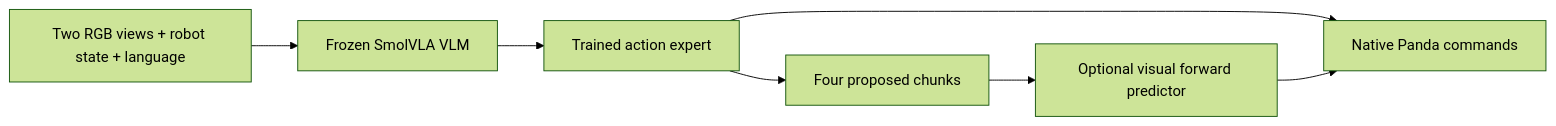
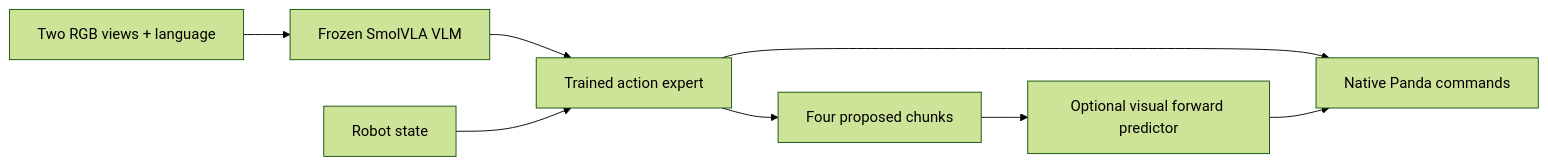
One commit to enisycn/Humanoid_VLA changed the diagram in docs/MODEL.md. Above: the diagram before and after it, drawn with Mermaid (forest theme). The commit also changed 6 other files, not shown here.

````diff
--- a/docs/MODEL.md
+++ b/docs/MODEL.md
@@ -11,9 +11,10 @@
 ```mermaid
 flowchart LR
-  A[Two RGB views + robot state + language] --> B[Frozen SmolVLA VLM]
+  A[Two RGB views + language] --> B[Frozen SmolVLA VLM]
   B --> C[Trained action expert]
+  S[Robot state] --> C
   C --> D[Native Panda commands]
   C --> E[Four proposed chunks]
   E --> F[Optional visual forward predictor]
   F --> D
 ```
````
